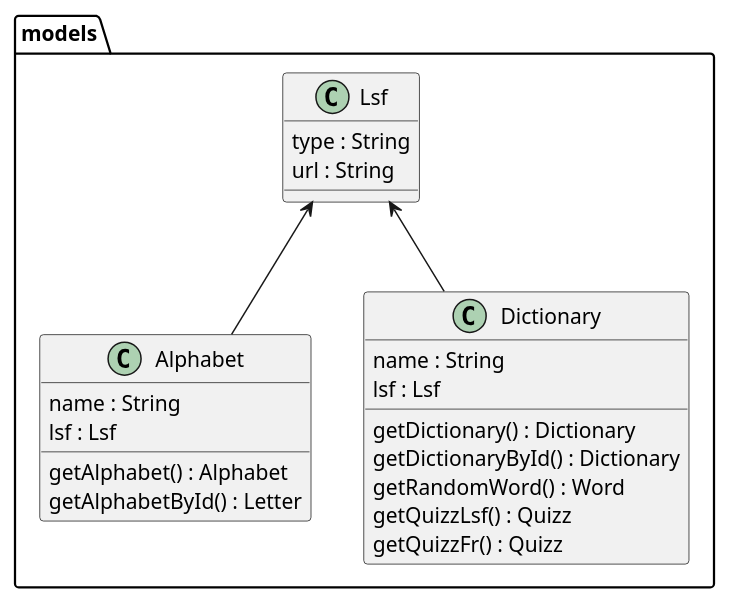
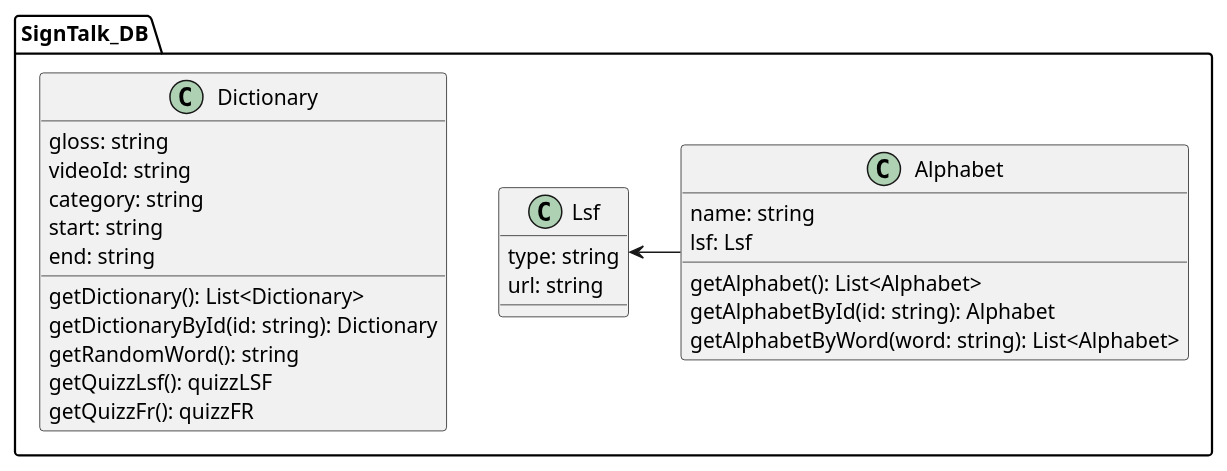
The diagram in ressources/diagram.puml (Mustapha-Smail/SignTalk), drawn with PlantUML before and after one commit.

```diff
--- a/ressources/diagram.puml
+++ b/ressources/diagram.puml
@@ -1,37 +1,35 @@
 @startuml
 
-package models {
-class Alphabet
-class Dictionary
-class Lsf
+package SignTalk_DB {
+   
+    class Lsf {
+        type: string
+        url: string
+    }
 
-class Alphabet {
-    name : String
-    lsf : Lsf
+    class Alphabet {
+        name: string
+        lsf: Lsf
+        getAlphabet(): List<Alphabet>
+        getAlphabetById(id: string): Alphabet
+        getAlphabetByWord(word: string): List<Alphabet>    
+    }
 
-    getAlphabet() : Alphabet
-    getAlphabetById() : Letter
+    class Dictionary {
+        gloss: string
+        videoId: string
+        category: string
+        start: string
+        end: string
+        getDictionary(): List<Dictionary>
+        getDictionaryById(id: string): Dictionary
+        getRandomWord(): string
+        getQuizzLsf(): quizzLSF
+        getQuizzFr(): quizzFR
+    }
+
+
+    Lsf <- Alphabet
 }
 
-class Dictionary {
-    name : String
-    lsf : Lsf
-
-    getDictionary() : Dictionary
-    getDictionaryById() : Dictionary
-    getRandomWord() : Word
-    getQuizzLsf() : Quizz
-    getQuizzFr() : Quizz
-}
-
-class Lsf{
-    type : String
-    url : String
-}
-}
-
-Lsf <-- Alphabet
-Lsf <-- Dictionary
-
-
 @enduml
```
